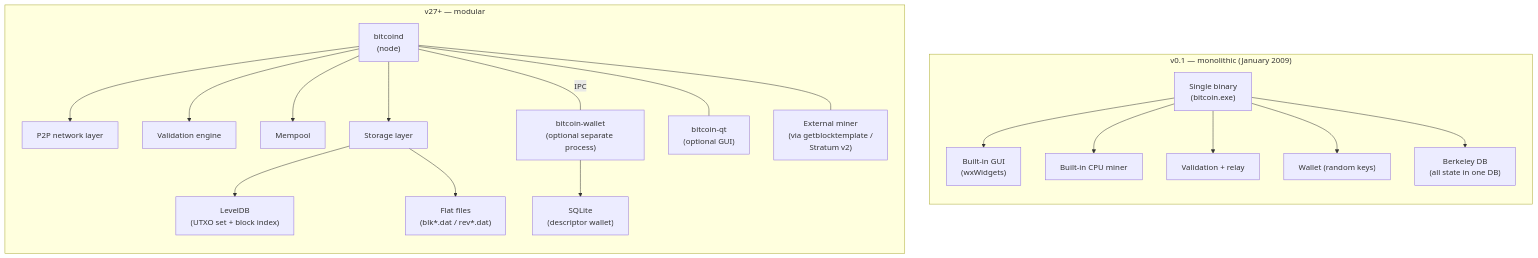
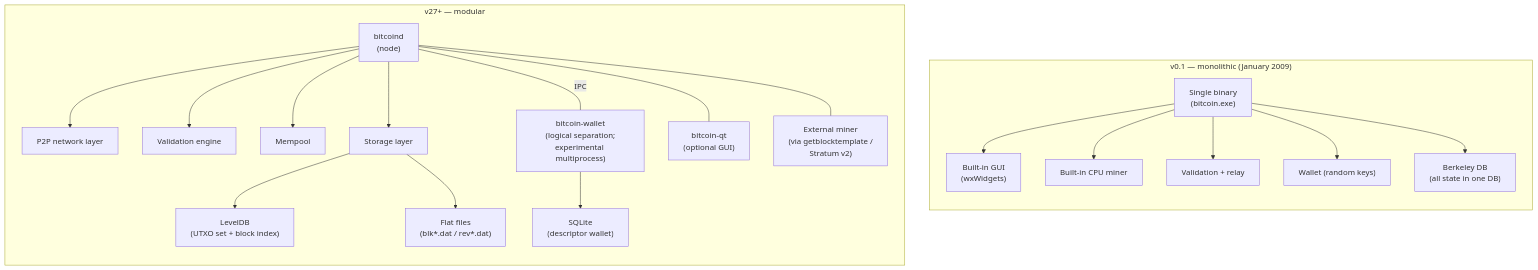
One commit to cypher256/BitcoinArchive changed the first of 10 diagrams in src/data/translations/ja/design/2009-01-03-bitcoin-architecture-evolution.md. Above: the diagram before and after it, drawn with Mermaid. The commit also changed other lines of this file and 3 other files, not shown here.

Commit message:
Fix design page residual inconsistencies: BIP 39 in HD derivation diagram (EN+JA), wallet process diagram labels in JA (line 56, 335, 345), BIP 360 naming in cryptography-design (EN+JA)

````diff
--- a/src/data/translations/ja/design/2009-01-03-bitcoin-architecture-evolution.md
+++ b/src/data/translations/ja/design/2009-01-03-bitcoin-architecture-evolution.md
@@ -35,30 +35,30 @@
 ```mermaid
 flowchart TB
     subgraph V01["v0.1 — monolithic (January 2009)"]
         direction TB
         MONO["Single binary<br/>(bitcoin.exe)"]
         MONO --> GUI_0["Built-in GUI<br/>(wxWidgets)"]
         MONO --> MINE_0["Built-in CPU miner"]
         MONO --> VALID_0["Validation + relay"]
         MONO --> WALL_0["Wallet (random keys)"]
         MONO --> BDB["Berkeley DB<br/>(all state in one DB)"]
     end
 
     subgraph V27["v27+ — modular"]
         direction TB
         NODE["bitcoind<br/>(node)"]
         NODE --> P2P_N["P2P network layer"]
         NODE --> VALID_N["Validation engine"]
         NODE --> MEMPOOL_N["Mempool"]
         NODE --> STORE_N["Storage layer"]
         STORE_N --> LEVEL["LevelDB<br/>(UTXO set + block index)"]
         STORE_N --> FLAT["Flat files<br/>(blk*.dat / rev*.dat)"]
-        WALL_N["bitcoin-wallet<br/>(optional separate process)"]
+        WALL_N["bitcoin-wallet<br/>(logical separation;<br/>experimental multiprocess)"]
         WALL_N --> SQL["SQLite<br/>(descriptor wallet)"]
         NODE -- "IPC" --- WALL_N
         QT["bitcoin-qt<br/>(optional GUI)"]
         NODE --- QT
         EXT_MINE["External miner<br/>(via getblocktemplate /<br/>Stratum v2)"]
         NODE --- EXT_MINE
     end
 ```
````
